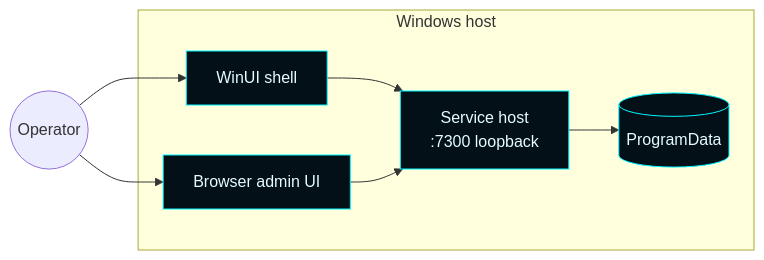
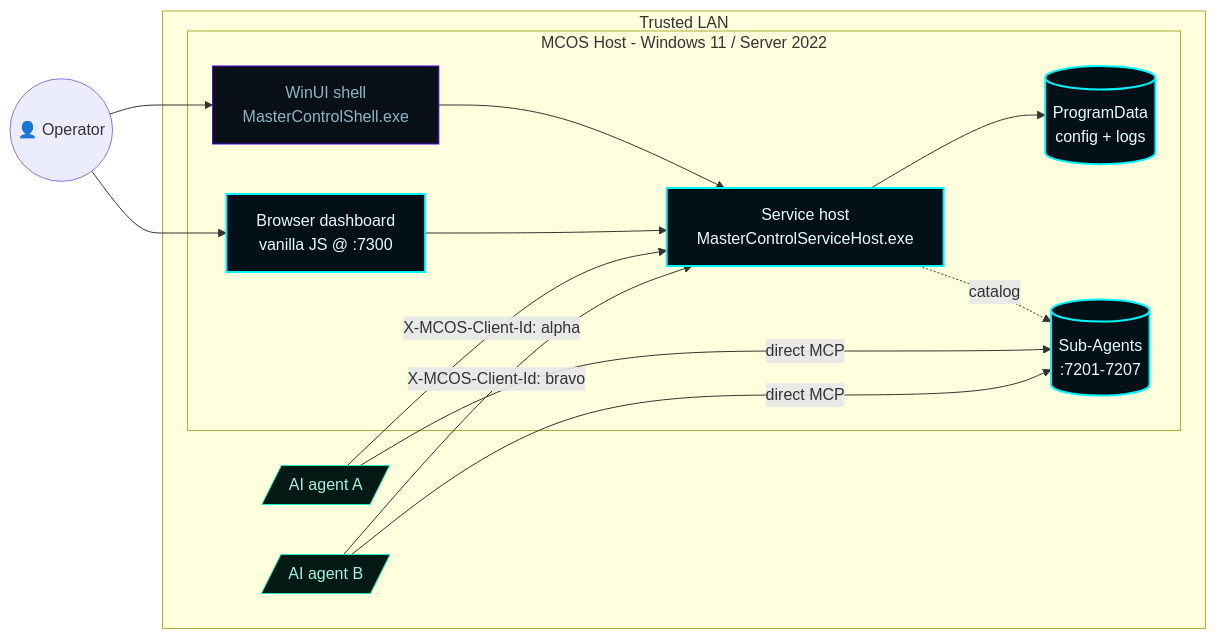
The first of 6 diagrams in docs/wiki/Infrastructure.md (flynn33/Master-Control-Orchestration-Server), drawn with Mermaid before and after one commit. The commit also changed other lines of this file and 66 other files, not shown here.

First line of the commit message:
release: v0.5.0 — LAN Client Control Plane + documentation overhaul

````diff
--- a/docs/wiki/Infrastructure.md
+++ b/docs/wiki/Infrastructure.md
@@ -25,17 +18,29 @@
 ```mermaid
 flowchart LR
-    classDef accent fill:#031018,stroke:#00F6FF,color:#E6FCFF;
+    classDef accent fill:#031018,stroke:#00F6FF,color:#E6FCFF,stroke-width:2px;
+    classDef good fill:#031a14,stroke:#1cf2c1,color:#a8efe0;
+    classDef faint fill:#0a1018,stroke:#5A00E8,color:#8CB7C4;
 
-    subgraph Host[Windows host]
-        Service[Service host<br/>:7300 loopback]:::accent
-        Shell[WinUI shell]:::accent
-        Browser[Browser admin UI]:::accent
-        Data[(ProgramData)]:::accent
+    subgraph LAN[Trusted LAN]
+        subgraph MCOS[MCOS Host - Windows 11 / Server 2022]
+            Service[Service host<br/>MasterControlServiceHost.exe]:::accent
+            Shell[WinUI shell<br/>MasterControlShell.exe]:::faint
+            Browser[Browser dashboard<br/>vanilla JS @ :7300]:::accent
+            Data[(ProgramData<br/>config + logs)]:::accent
+            SubAgents[(Sub-Agents<br/>:7201-7207)]:::accent
+        end
+        AgentA[/AI agent A/]:::good
+        AgentB[/AI agent B/]:::good
     end
 
-    Operator((Operator)) --> Shell
-    Operator --> Browser
+    Operator((👤 Operator)) --> Browser
+    Operator --> Shell
     Shell --> Service
     Browser --> Service
     Service --> Data
+    Service -.catalog.-> SubAgents
+    AgentA -- "X-MCOS-Client-Id: alpha" --> Service
+    AgentB -- "X-MCOS-Client-Id: bravo" --> Service
+    AgentA -- direct MCP --> SubAgents
+    AgentB -- direct MCP --> SubAgents
 ```
````
